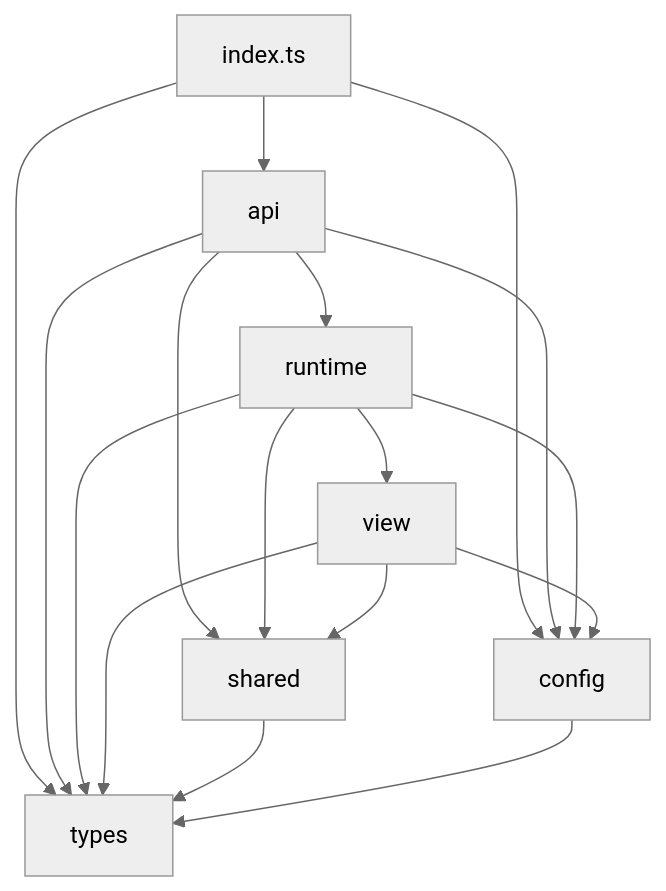
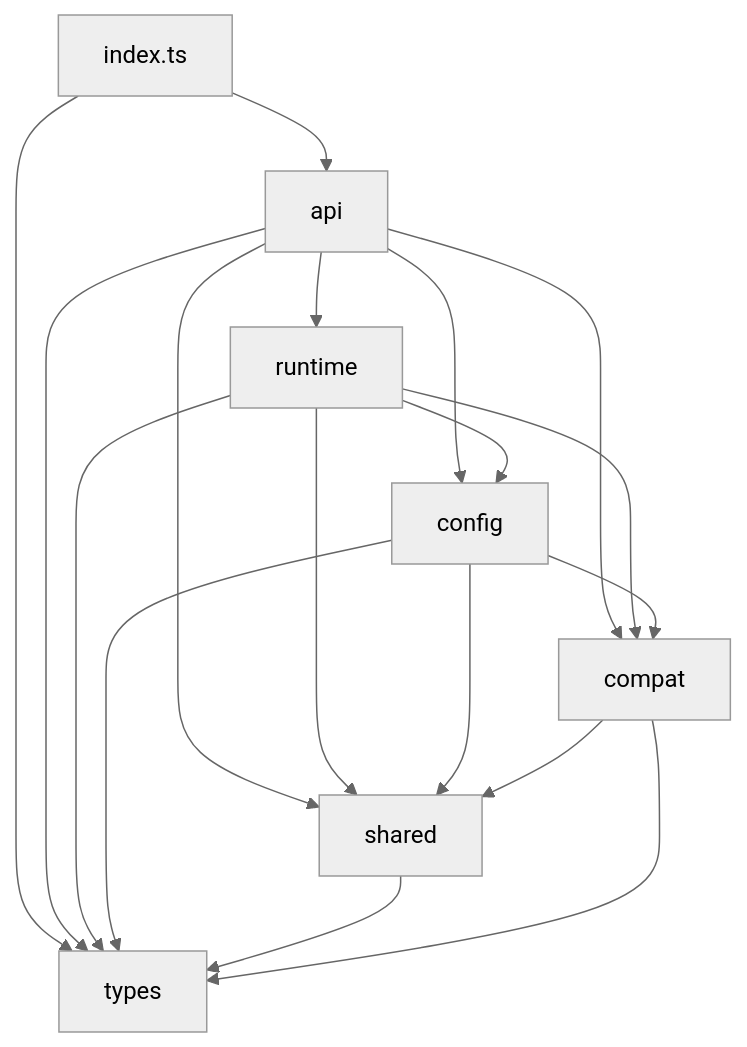
The diagram in DESIGN.md (xuyimingwork/vue-layerx), drawn with Mermaid (neutral theme) before and after one commit. The commit also changed other lines of this file and 4 other files, not shown here.

````diff
--- a/DESIGN.md
+++ b/DESIGN.md
@@ -104,27 +103,28 @@
 ```mermaid
 flowchart TB
   index[index.ts]
   api[api]
   runtime[runtime]
-  view[view]
   config[config]
   shared[shared]
   types[types]
+  compat[compat]
 
   index --> api
   index --> types
-  index --> config
   api --> runtime
   api --> config
   api --> shared
   api --> types
-  runtime --> view
+  api --> compat
   runtime --> config
   runtime --> shared
   runtime --> types
-  view --> config
-  view --> shared
-  view --> types
+  runtime --> compat
+  config --> types
+  config --> shared
+  config --> compat
   shared --> types
-  config --> types
+  compat --> shared
+  compat --> types
 ```
````
